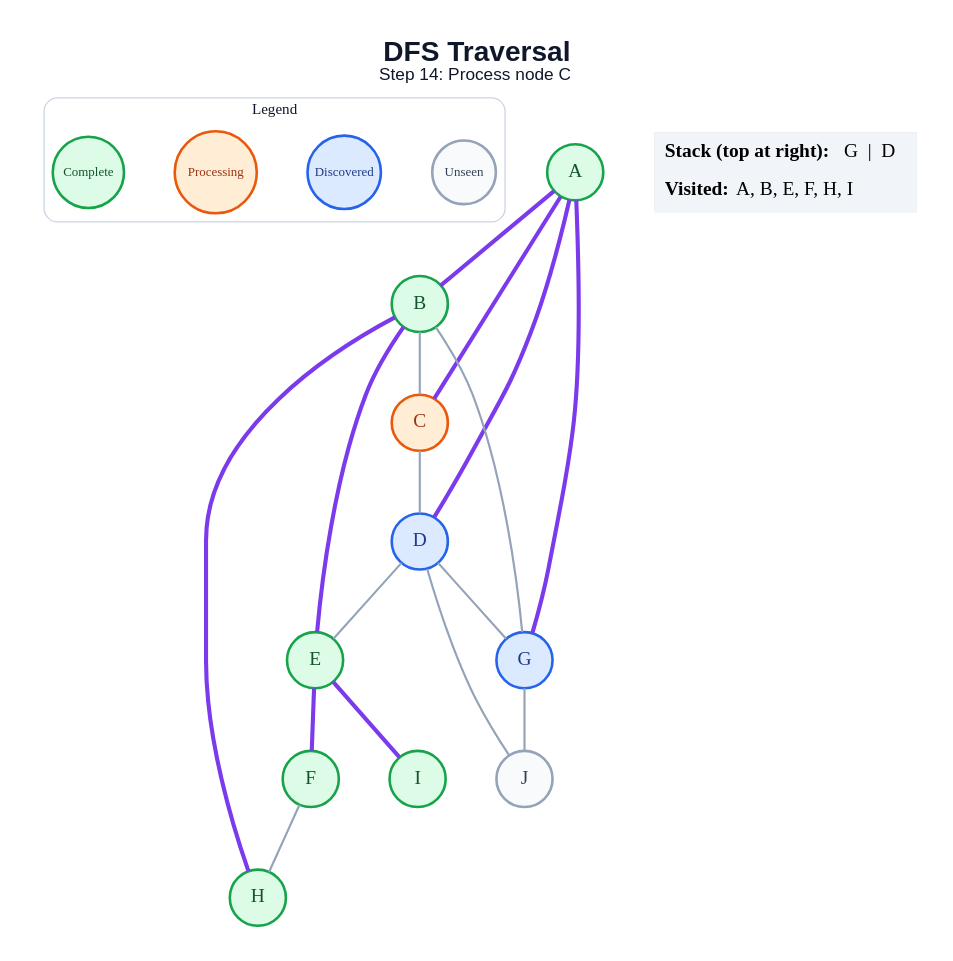
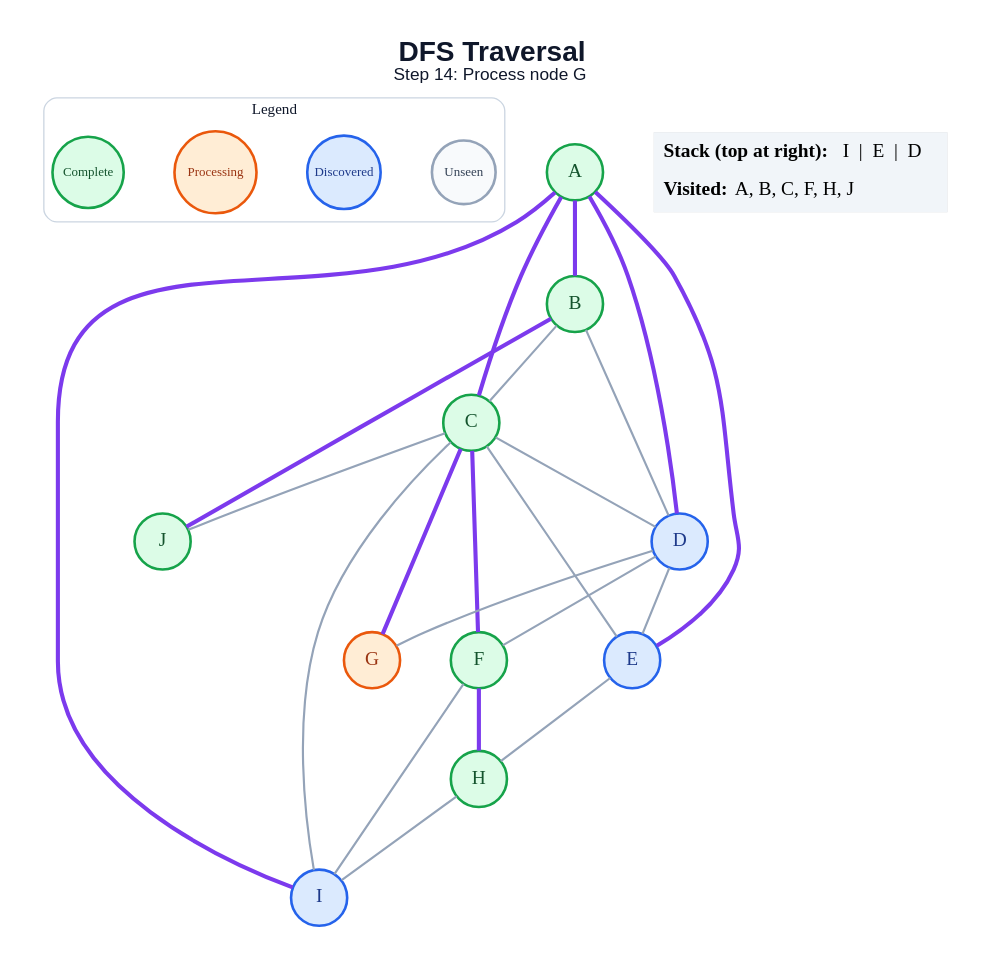
One commit to amanghodawala9/ai-slop changed the diagram in generated/dfs/step_14.dot. Above: the diagram before and after it, drawn with Graphviz. The commit also changed 178 other files, not shown here.

```diff
--- a/generated/dfs/step_14.dot
+++ b/generated/dfs/step_14.dot
@@ -1,45 +1,50 @@
 graph traversal {
   graph [layout=dot, rankdir=TB, bgcolor="#FFFFFF", pad="0.35", nodesep="0.65", ranksep="0.8", fontname="Arial"];
   node [shape=circle, style="filled", fontname="Arial Bold", fontsize=18, width=0.72, fixedsize=true, penwidth=2.4];
   edge [color="#94A3B8", penwidth=2.0];
-  label=<<B>DFS Traversal</B><BR/><FONT POINT-SIZE="16">Step 14: Process node C</FONT>>; labelloc="t"; fontsize=26; fontname="Arial"; fontcolor="#0F172A";
+  label=<<B>DFS Traversal</B><BR/><FONT POINT-SIZE="16">Step 14: Process node G</FONT>>; labelloc="t"; fontsize=26; fontname="Arial"; fontcolor="#0F172A";
   subgraph cluster_legend { label="Legend"; color="#CBD5E1"; penwidth=1.2; style="rounded"; fontsize=14; fontname="Arial Bold";
     key_unseen [label="Unseen", fillcolor="#F8FAFC", color="#94A3B8", fontcolor="#334155", fontsize=12, width=0.82];
     key_frontier [label="Discovered", fillcolor="#DBEAFE", color="#2563EB", fontcolor="#1E3A8A", fontsize=12, width=0.95];
     key_current [label="Processing", fillcolor="#FFEDD5", color="#EA580C", fontcolor="#9A3412", fontsize=12, width=1.05];
     key_done [label="Complete", fillcolor="#DCFCE7", color="#16A34A", fontcolor="#14532D", fontsize=12, width=0.92];
     { rank=same; key_unseen; key_frontier; key_current; key_done; }
   }
   A [fillcolor="#DCFCE7", color="#16A34A", fontcolor="#14532D"];
   B [fillcolor="#DCFCE7", color="#16A34A", fontcolor="#14532D"];
-  C [fillcolor="#FFEDD5", color="#EA580C", fontcolor="#9A3412"];
+  C [fillcolor="#DCFCE7", color="#16A34A", fontcolor="#14532D"];
   D [fillcolor="#DBEAFE", color="#2563EB", fontcolor="#1E3A8A"];
-  E [fillcolor="#DCFCE7", color="#16A34A", fontcolor="#14532D"];
+  E [fillcolor="#DBEAFE", color="#2563EB", fontcolor="#1E3A8A"];
   F [fillcolor="#DCFCE7", color="#16A34A", fontcolor="#14532D"];
-  G [fillcolor="#DBEAFE", color="#2563EB", fontcolor="#1E3A8A"];
+  G [fillcolor="#FFEDD5", color="#EA580C", fontcolor="#9A3412"];
   H [fillcolor="#DCFCE7", color="#16A34A", fontcolor="#14532D"];
-  I [fillcolor="#DCFCE7", color="#16A34A", fontcolor="#14532D"];
-  J [fillcolor="#F8FAFC", color="#94A3B8", fontcolor="#334155"];
+  I [fillcolor="#DBEAFE", color="#2563EB", fontcolor="#1E3A8A"];
+  J [fillcolor="#DCFCE7", color="#16A34A", fontcolor="#14532D"];
   A -- B [color="#7C3AED", penwidth=3.8];
   A -- C [color="#7C3AED", penwidth=3.8];
   A -- D [color="#7C3AED", penwidth=3.8];
-  A -- G [color="#7C3AED", penwidth=3.8];
+  A -- E [color="#7C3AED", penwidth=3.8];
+  A -- I [color="#7C3AED", penwidth=3.8];
   B -- C;
-  B -- E [color="#7C3AED", penwidth=3.8];
-  B -- G;
-  B -- H [color="#7C3AED", penwidth=3.8];
+  B -- D;
+  B -- J [color="#7C3AED", penwidth=3.8];
   C -- D;
+  C -- E;
+  C -- F [color="#7C3AED", penwidth=3.8];
+  C -- G [color="#7C3AED", penwidth=3.8];
+  C -- I;
+  C -- J;
   D -- E;
+  D -- F;
   D -- G;
-  D -- J;
-  E -- F [color="#7C3AED", penwidth=3.8];
-  E -- I [color="#7C3AED", penwidth=3.8];
-  F -- H;
-  G -- J;
+  E -- H;
+  F -- H [color="#7C3AED", penwidth=3.8];
+  F -- I;
+  H -- I;
   status [shape=plain, fixedsize=false, width=0, height=0, margin=0, label=<
     <TABLE BORDER="0" CELLBORDER="0" CELLPADDING="7" BGCOLOR="#F1F5F9">
-      <TR><TD ALIGN="LEFT"><B>Stack (top at right):</B> G  |  D</TD></TR>
-      <TR><TD ALIGN="LEFT"><B>Visited:</B> A, B, E, F, H, I</TD></TR>
+      <TR><TD ALIGN="LEFT"><B>Stack (top at right):</B> I  |  E  |  D</TD></TR>
+      <TR><TD ALIGN="LEFT"><B>Visited:</B> A, B, C, F, H, J</TD></TR>
     </TABLE>
   >];
 }
```
